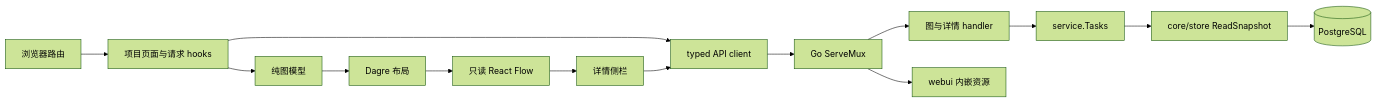
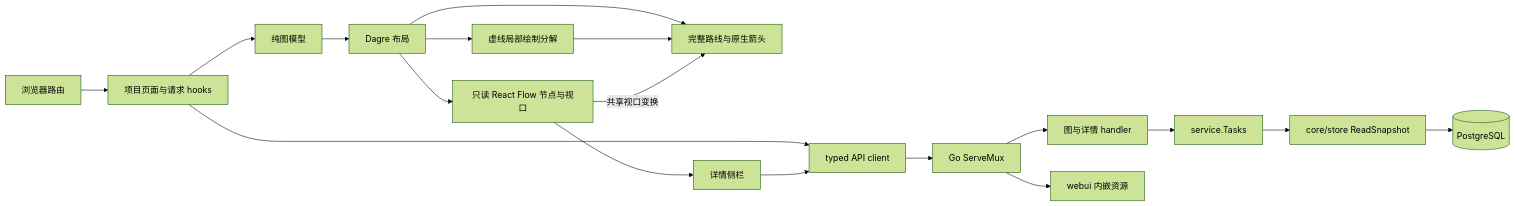
The diagram in docs/design/daynight-web.md (codetreker/day-night), drawn with Mermaid (forest theme) before and after one commit. The commit also changed other lines of this file and 20 other files, not shown here.

````diff
--- a/docs/design/daynight-web.md
+++ b/docs/design/daynight-web.md
@@ -229,16 +247,20 @@
 ```mermaid
 flowchart LR
   Browser[浏览器路由] --> Page[项目页面与请求 hooks]
   Page --> Client[typed API client]
   Page --> Model[纯图模型]
   Model --> Layout[Dagre 布局]
-  Layout --> Canvas[只读 React Flow]
+  Layout --> Canvas[只读 React Flow 节点与视口]
+  Layout --> Paint[虚线局部绘制分解]
+  Layout --> SVG[完整路线与原生箭头]
+  Paint --> SVG
+  Canvas -->|共享视口变换| SVG
   Canvas --> Drawer[详情侧栏]
   Drawer --> Client
   Client --> Mux[Go ServeMux]
   Mux --> HTTP[图与详情 handler]
   Mux --> Assets[webui 内嵌资源]
   HTTP --> Service[service.Tasks]
   Service --> Store[core/store ReadSnapshot]
   Store --> PG[(PostgreSQL)]
 ```
````
